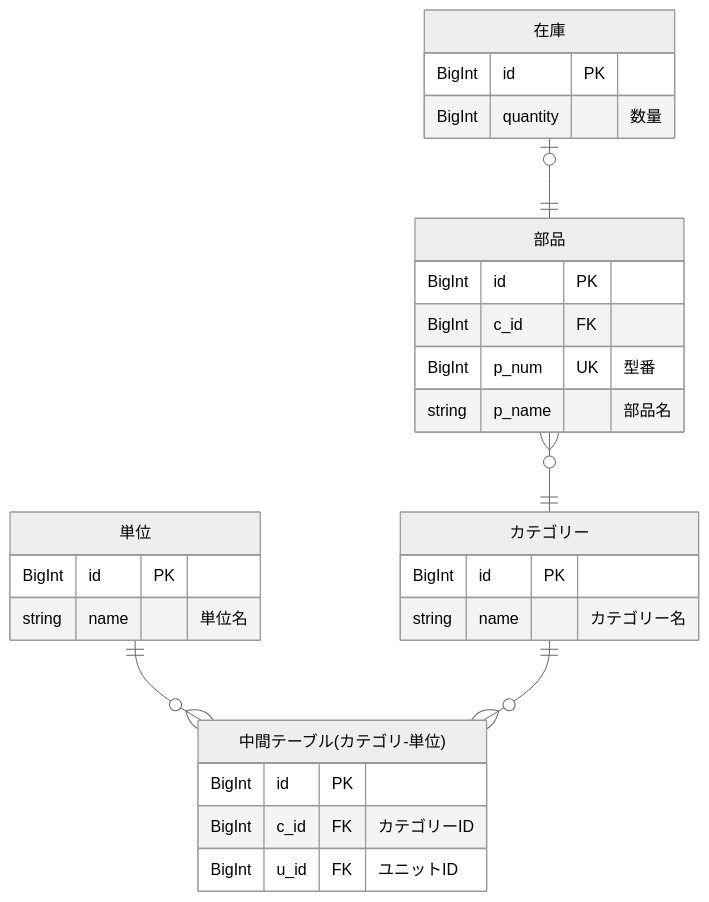
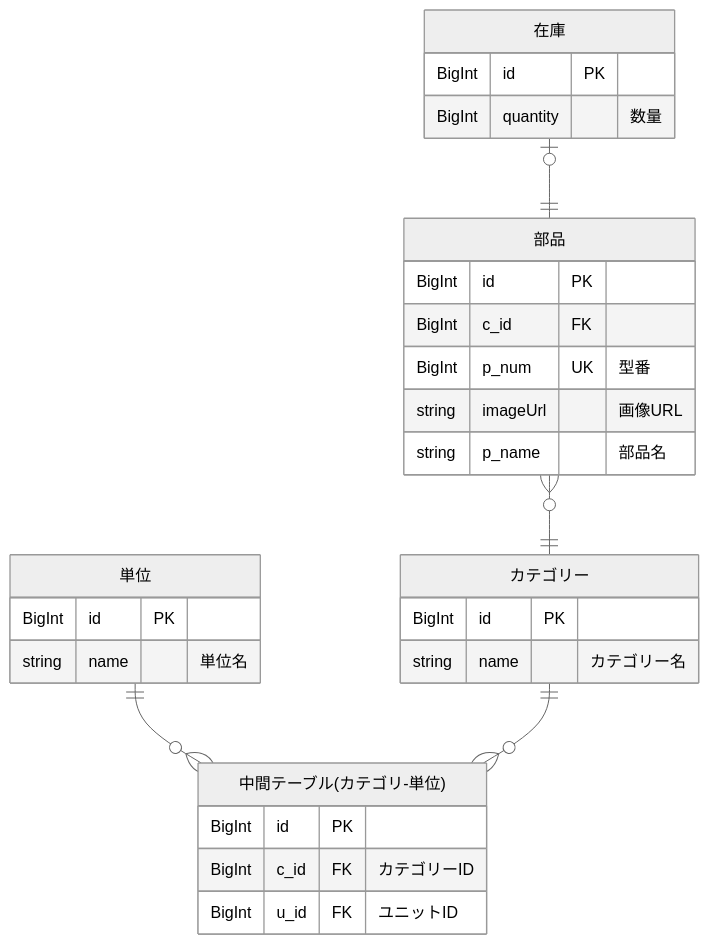
Before and after one commit to study-basic-hackathon/mAst: the diagram in document/ER図.md, drawn with Mermaid (neutral theme). The commit also changed 8 other files, not shown here.

````diff
--- a/document/ER図.md
+++ b/document/ER図.md
@@ -2,35 +2,36 @@
 ```mermaid
 erDiagram
     Units ||--o{ Category_Units:""
     Category ||--o{ Category_Units:""
     Parts }o--|| Category:""
     Inventory |o--|| Parts:""
 
     Units[単位] {
         BigInt id PK
         string name "単位名"
     }
 
     Category[カテゴリー] {
         BigInt id PK
         string name "カテゴリー名"
     }
 
     Category_Units["中間テーブル(カテゴリ-単位)"] {
         BigInt id PK
         BigInt c_id FK "カテゴリーID"
         BigInt u_id FK "ユニットID"
     }
 
     Parts[部品] {
         BigInt id PK
         BigInt c_id FK
         BigInt p_num UK "型番"
+        string imageUrl "画像URL"
         string p_name "部品名"
     }
 
     Inventory[在庫] {
         BigInt id PK
         BigInt quantity "数量"
     }
 ```
````
